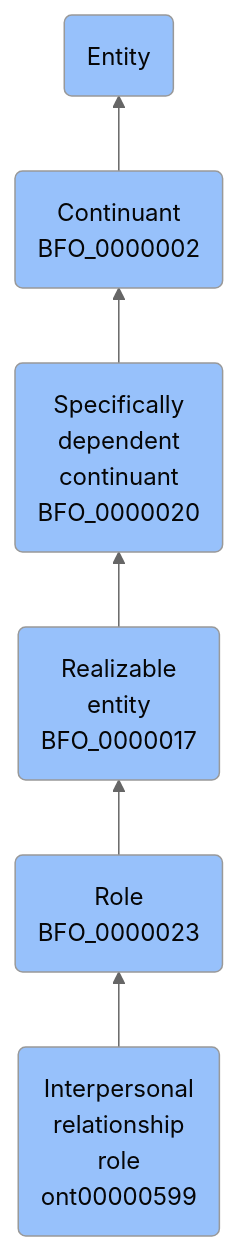
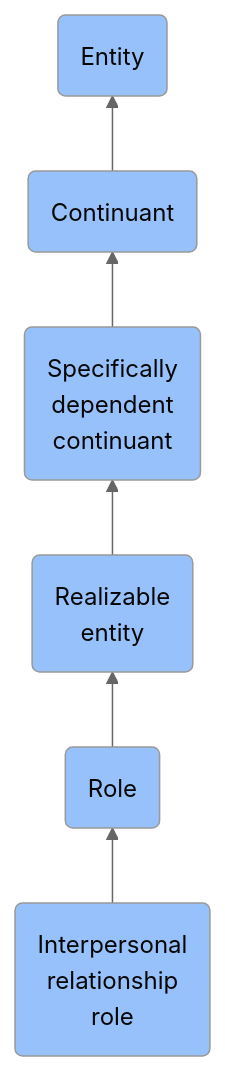
The diagram in docs/ontology/reference/model/Entity/Continuant/Specifically dependent continuant/Realizable entity/Role/Interpersonal relationship role/Interpersonal relationship role.md (jupyter-naas/abi), drawn with Mermaid (neutral theme) before and after one commit. The commit also changed other lines of this file and 1430 other files, not shown here.

````diff
--- a/docs/ontology/reference/model/Entity/Continuant/Specifically dependent continuant/Realizable entity/Role/Interpersonal relationship role/Interpersonal relationship role.md
+++ b/docs/ontology/reference/model/Entity/Continuant/Specifically dependent continuant/Realizable entity/Role/Interpersonal relationship role/Interpersonal relationship role.md
@@ -24,13 +24,13 @@
 ```mermaid
 graph BT
-    ont00000599(Interpersonal<br>relationship<br>role<br>ont00000599):::BFO-->BFO_0000023
-    BFO_0000023(Role<br>BFO_0000023):::BFO-->BFO_0000017
-    BFO_0000017(Realizable<br>entity<br>BFO_0000017):::BFO-->BFO_0000020
-    BFO_0000020(Specifically<br>dependent<br>continuant<br>BFO_0000020):::BFO-->BFO_0000002
-    BFO_0000002(Continuant<br>BFO_0000002):::BFO-->BFO_0000001
+    ont00000599(Interpersonal<br>relationship<br>role):::BFO-->BFO_0000023
+    BFO_0000023(Role):::BFO-->BFO_0000017
+    BFO_0000017(Realizable<br>entity):::BFO-->BFO_0000020
+    BFO_0000020(Specifically<br>dependent<br>continuant):::BFO-->BFO_0000002
+    BFO_0000002(Continuant):::BFO-->BFO_0000001
     BFO_0000001(Entity):::BFO
     
     classDef BFO fill:#97c1fb,color:#060606
     classDef CCO fill:#e4c51e,color:#060606
     classDef ABI fill:#48DD82,color:#060606
 ```
````
